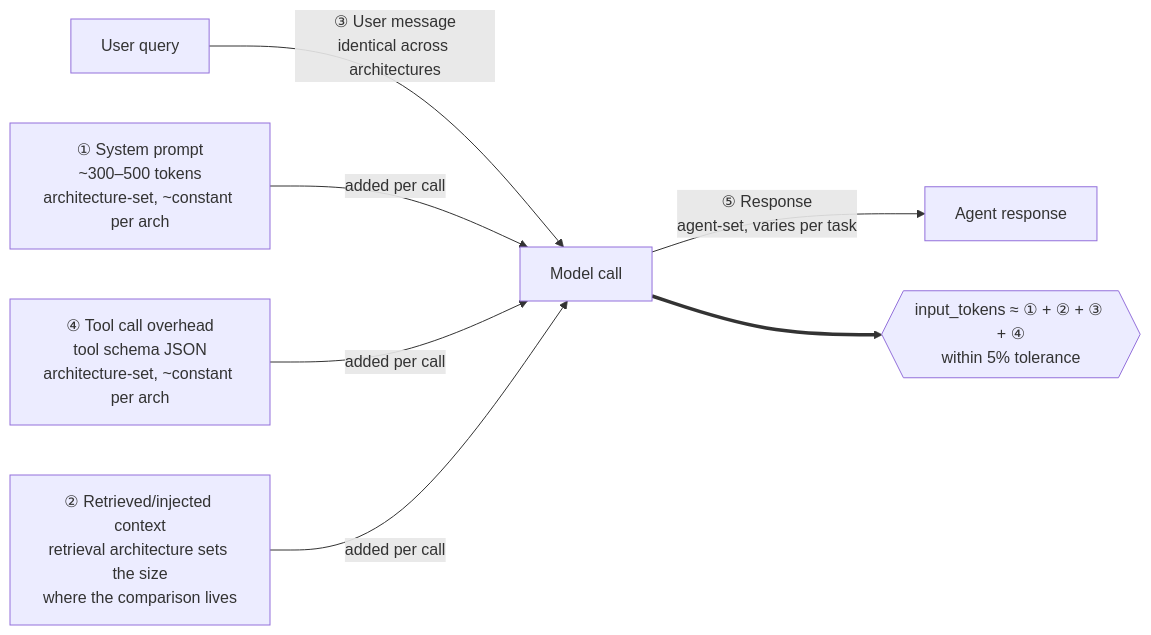
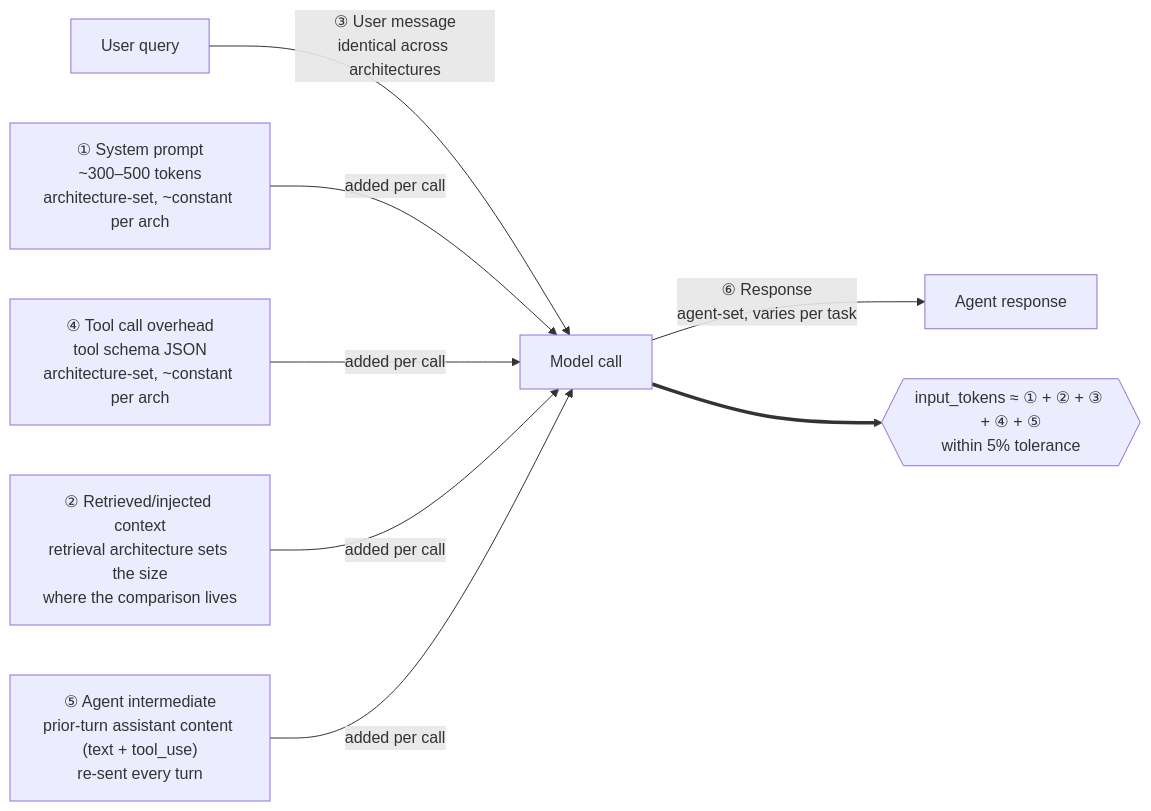
One commit to halolee/support-agent-token-benchmark changed the diagram in measurement/results/comparison.md. Above: the diagram before and after it, drawn with Mermaid. The commit also changed other lines of this file and 24 other files, not shown here.

````diff
--- a/measurement/results/comparison.md
+++ b/measurement/results/comparison.md
@@ -89,10 +89,11 @@
 ```mermaid
 flowchart LR
     Q[User query] -->|"③ User message<br/>identical across architectures"| API[Model call]
     SP["① System prompt<br/>~300–500 tokens<br/>architecture-set, ~constant per arch"] -->|added per call| API
     TS["④ Tool call overhead<br/>tool schema JSON<br/>architecture-set, ~constant per arch"] -->|added per call| API
     CTX["② Retrieved/injected context<br/>retrieval architecture sets the size<br/>where the comparison lives"] -->|added per call| API
-    API -->|"⑤ Response<br/>agent-set, varies per task"| Out[Agent response]
+    AI["⑤ Agent intermediate<br/>prior-turn assistant content (text + tool_use)<br/>re-sent every turn"] -->|added per call| API
+    API -->|"⑥ Response<br/>agent-set, varies per task"| Out[Agent response]
 
-    API ==> Assert{{"input_tokens ≈ ① + ② + ③ + ④<br/>within 5% tolerance"}}
+    API ==> Assert{{"input_tokens ≈ ① + ② + ③ + ④ + ⑤<br/>within 5% tolerance"}}
 ```
````
